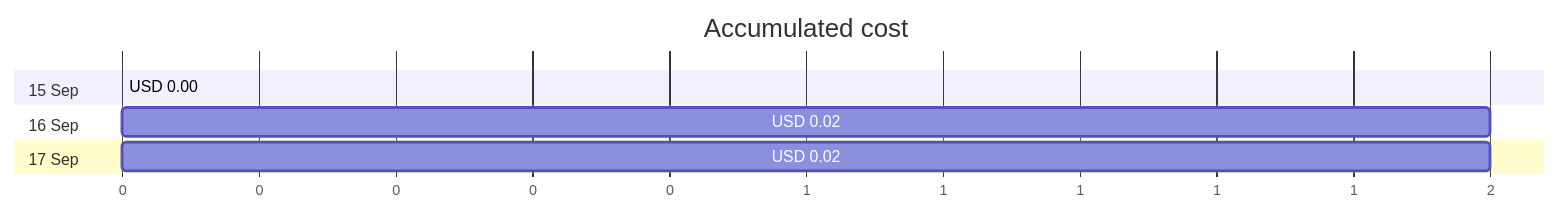
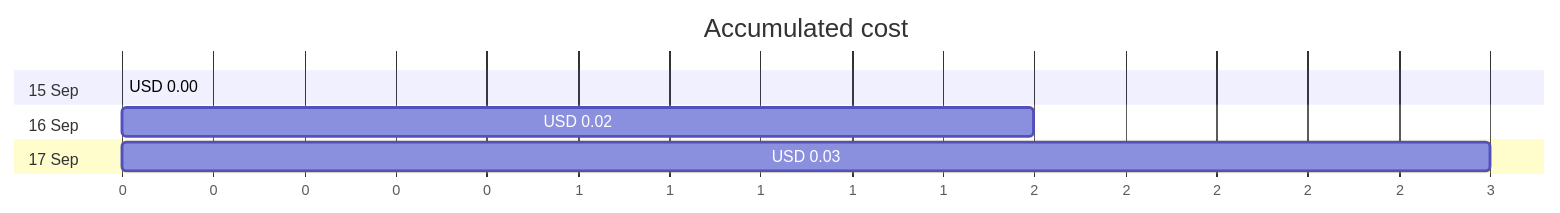
One commit to jpfulton/azure-personal-reports changed the first of 4 diagrams in cost-reports/personal-network/ubuntu-vpn-server-spot_OsDisk_snapshot_20130915.md. Above: the diagram before and after it, drawn with Mermaid. The commit also changed other lines of this file and 17 other files, not shown here.

````diff
--- a/cost-reports/personal-network/ubuntu-vpn-server-spot_OsDisk_snapshot_20130915.md
+++ b/cost-reports/personal-network/ubuntu-vpn-server-spot_OsDisk_snapshot_20130915.md
@@ -20,12 +20,12 @@
 ```mermaid
 gantt
    title Accumulated cost
    dateFormat  X
    axisFormat %s
    section 15 Sep
    USD 0.00 :0, 0
    section 16 Sep
    USD 0.02 :0, 2
    section 17 Sep
-   USD 0.02 :0, 2
+   USD 0.03 :0, 3
 ```
````
